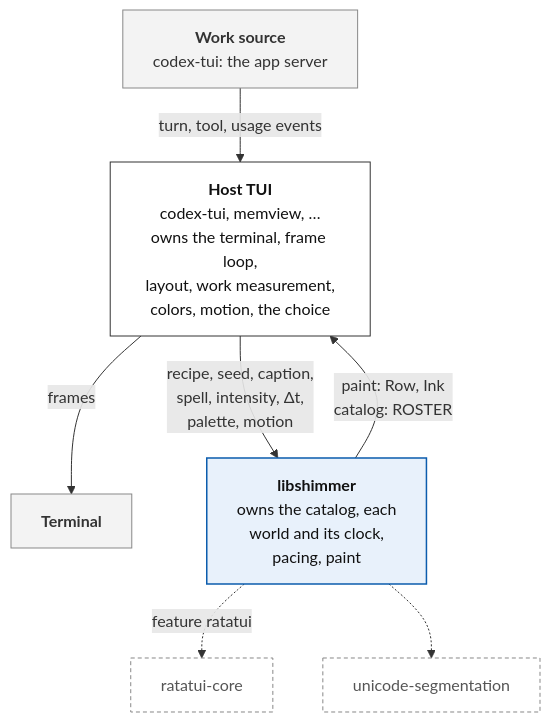
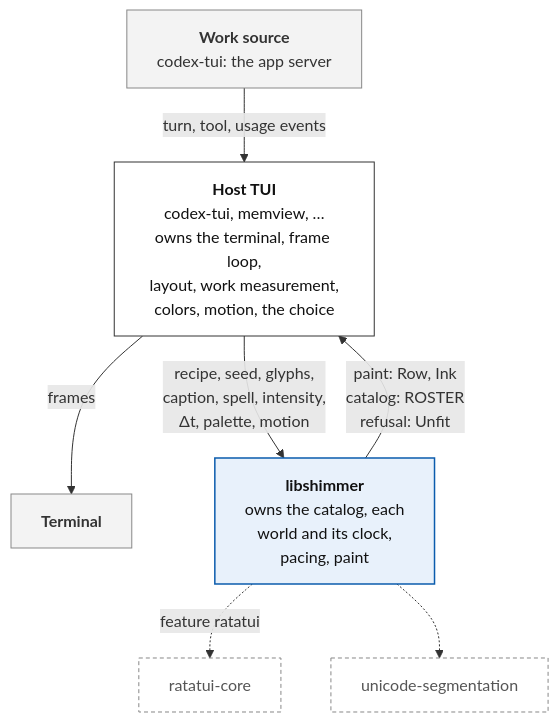
One commit to aoaoaoaoaoaoaoaoaoaoaoaoaoaoaoaoaoaoaoa/libshimmer changed the first of 6 diagrams in design/DESIGN.md. Above: the diagram before and after it, drawn with Mermaid. The commit also changed other lines of this file, not shown here.

````diff
--- a/design/DESIGN.md
+++ b/design/DESIGN.md
@@ -32,21 +32,21 @@
 ```mermaid
 flowchart TB
   classDef subject fill:#e8f1fb,stroke:#0b5cad,stroke-width:1.5px,color:#111
   classDef host fill:#fff,stroke:#333,color:#111
   classDef outside fill:#f3f3f3,stroke:#888,color:#333
   classDef dep fill:#fff,stroke:#888,color:#555,stroke-dasharray:4 3
 
   work["<b>Work source</b><br/>codex-tui: the app server"]:::outside
   host["<b>Host TUI</b><br/>codex-tui, memview, …<br/>owns the terminal, frame loop,<br/>layout, work measurement,<br/>colors, motion, the choice"]:::host
   term["<b>Terminal</b>"]:::outside
   lib["<b>libshimmer</b><br/>owns the catalog, each<br/>world and its clock,<br/>pacing, paint"]:::subject
   core["ratatui-core"]:::dep
   seg["unicode-segmentation"]:::dep
 
   work -->|"turn, tool, usage events"| host
   host -->|frames| term
-  host -->|"recipe, seed, caption,<br/>spell, intensity, Δt,<br/>palette, motion"| lib
-  lib -->|"paint: Row, Ink<br/>catalog: ROSTER"| host
+  host -->|"recipe, seed, glyphs,<br/>caption, spell, intensity,<br/>Δt, palette, motion"| lib
+  lib -->|"paint: Row, Ink<br/>catalog: ROSTER<br/>refusal: Unfit"| host
   lib -.->|"feature ratatui"| core
   lib -.-> seg
 ```
````
